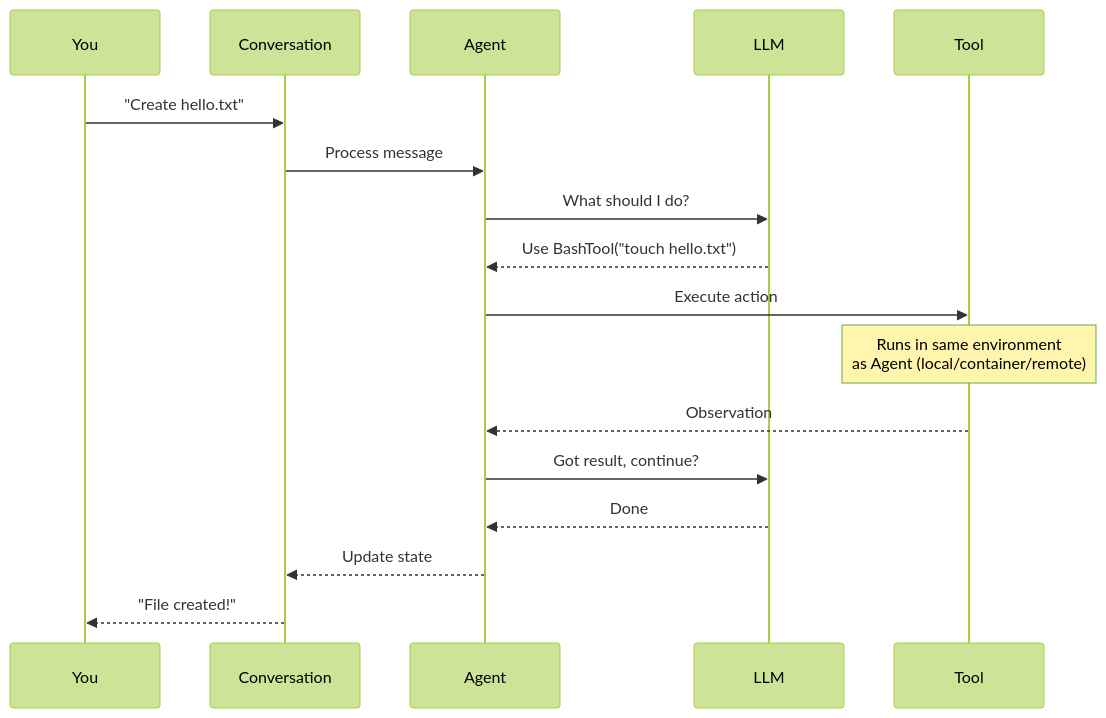
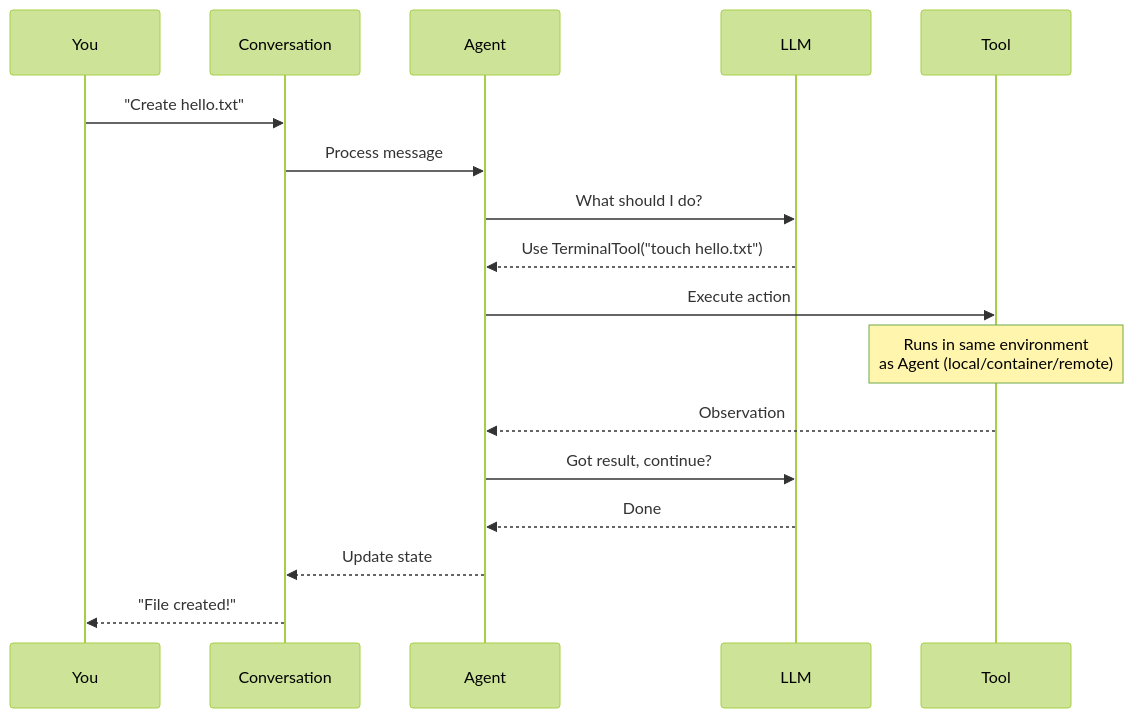
One commit to OpenHands/docs changed the fourth of 5 diagrams in sdk/arch/overview.mdx. Above: the diagram before and after it, drawn with Mermaid (forest theme). The commit also changed other lines of this file and 15 other files, not shown here.

````diff
--- a/sdk/arch/overview.mdx
+++ b/sdk/arch/overview.mdx
@@ -220,20 +220,20 @@
 ```mermaid
 sequenceDiagram
     participant You
     participant Conversation
     participant Agent
     participant LLM
     participant Tool
     
     You->>Conversation: "Create hello.txt"
     Conversation->>Agent: Process message
     Agent->>LLM: What should I do?
-    LLM-->>Agent: Use BashTool("touch hello.txt")
+    LLM-->>Agent: Use TerminalTool("touch hello.txt")
     Agent->>Tool: Execute action
     Note over Tool: Runs in same environment<br/>as Agent (local/container/remote)
     Tool-->>Agent: Observation
     Agent->>LLM: Got result, continue?
     LLM-->>Agent: Done
     Agent-->>Conversation: Update state
     Conversation-->>You: "File created!"
 ```
````
